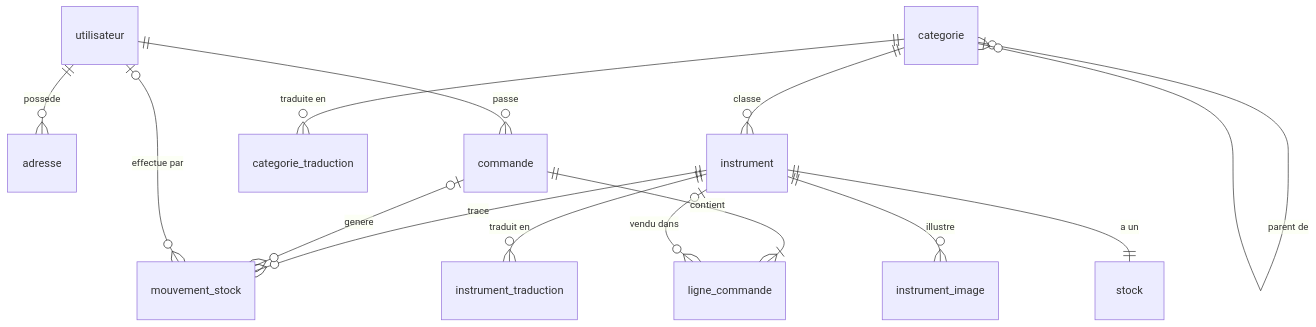
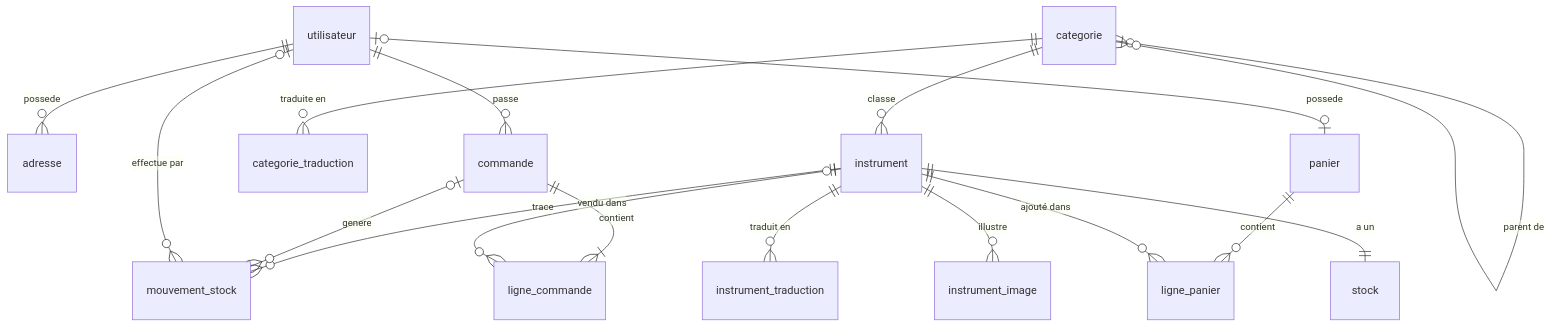
One commit to mikhawa/instruments changed the first of 2 diagrams in docs/architecture/database-schema.md. Above: the diagram before and after it, drawn with Mermaid. The commit also changed other lines of this file and 8 other files, not shown here.

````diff
--- a/docs/architecture/database-schema.md
+++ b/docs/architecture/database-schema.md
@@ -24,16 +24,19 @@
 ```mermaid
 erDiagram
     utilisateur ||--o{ adresse : possede
     utilisateur ||--o{ commande : passe
     categorie |o--o{ categorie : "parent de"
     categorie ||--o{ categorie_traduction : "traduite en"
     categorie ||--o{ instrument : classe
     instrument ||--o{ instrument_traduction : "traduit en"
     instrument ||--o{ instrument_image : illustre
     instrument ||--|| stock : "a un"
     instrument ||--o{ mouvement_stock : trace
     commande ||--|{ ligne_commande : contient
     instrument |o--o{ ligne_commande : "vendu dans"
     commande |o--o{ mouvement_stock : genere
     utilisateur |o--o{ mouvement_stock : "effectue par"
+    utilisateur |o--o| panier : possede
+    panier ||--o{ ligne_panier : contient
+    instrument ||--o{ ligne_panier : "ajouté dans"
 ```
````
